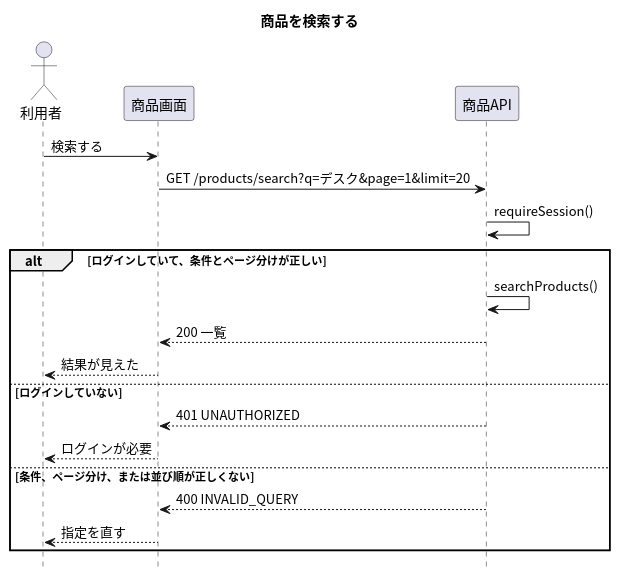
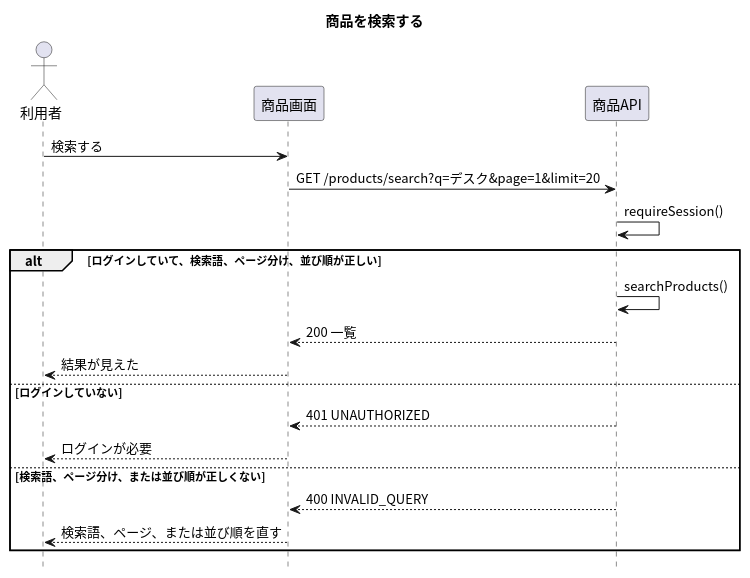
Before and after one commit to masamasamasato/design-doc-template: the diagram in apis/search-products/入口.puml, drawn with PlantUML. The commit also changed 109 other files, not shown here.

```diff
--- a/apis/search-products/入口.puml
+++ b/apis/search-products/入口.puml
@@ -1,27 +1,27 @@
 @startuml
 skinparam shadowing false
 skinparam defaultFontName "Noto Sans CJK JP"
 skinparam SequenceFontName "Noto Sans CJK JP"
 hide footbox
 
 title 商品を検索する
 
 actor "利用者" as User
 participant "商品画面" as Screen
 participant "商品API" as API
 
 User -> Screen : 検索する
 Screen -> API : GET /products/search?q=デスク&page=1&limit=20
 API -> API : requireSession()
-alt ログインしていて、条件とページ分けが正しい
+alt ログインしていて、検索語、ページ分け、並び順が正しい
   API -> API : searchProducts()
   API --> Screen : 200 一覧
   Screen --> User : 結果が見えた
 else ログインしていない
   API --> Screen : 401 UNAUTHORIZED
   Screen --> User : ログインが必要
-else 条件、ページ分け、または並び順が正しくない
+else 検索語、ページ分け、または並び順が正しくない
   API --> Screen : 400 INVALID_QUERY
-  Screen --> User : 指定を直す
+  Screen --> User : 検索語、ページ、または並び順を直す
 end
 @enduml
```
